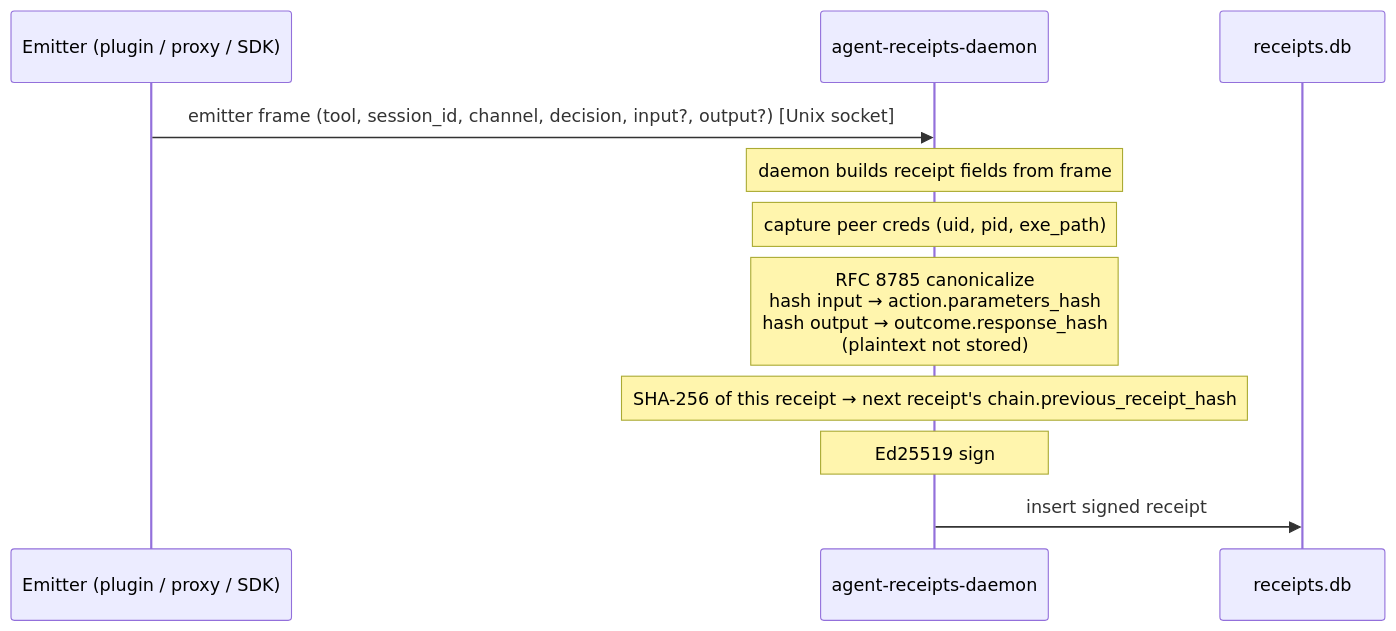
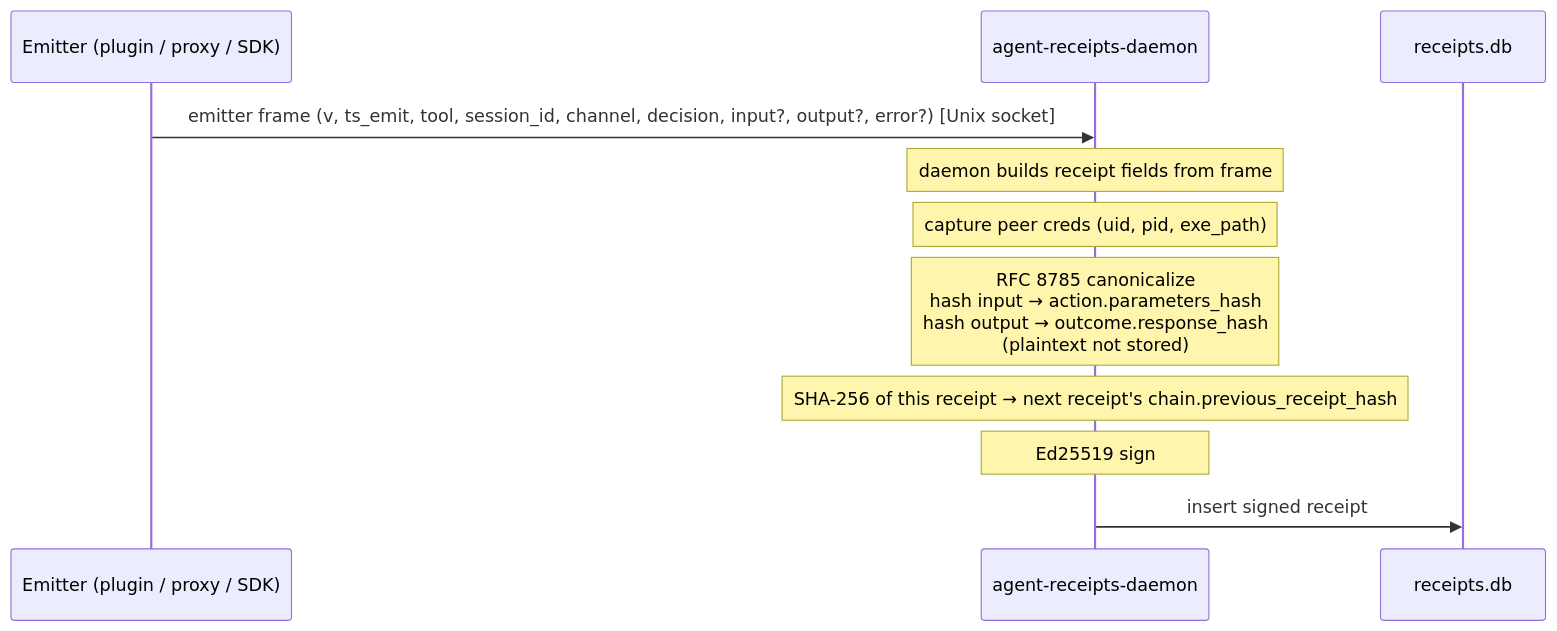
The diagram in site/src/content/docs/specification/how-it-works.mdx (agent-receipts/ar), drawn with Mermaid before and after one commit. The commit also changed 2 other files, not shown here.

Commit message:
docs(site): fix four diagram issues per Copilot review on PR #398 round 5
mcp-proxy/overview.mdx:
- Gap 4.1: remove space before pipe in Mermaid edge label — '--- |label|'
  is invalid; correct syntax is '---|label|' (no space before pipe)

how-it-works.mdx:
- Gap 2.1: add v and ts_emit (required daemon IPC frame fields) and
  error? to emitter frame label; avoids misleading implementers into
  sending an incomplete frame

receipt-chain-verification.mdx:
- Gap 3.1: rename terminal node from 'Chain valid ✓' to 'Chain integrity
  verified ✓' — algorithm does not detect tail truncation; see truncation
  caveat paragraph below the diagram
- Gap 3.1: add 'chain.sequence is 1' to prose step 4 to match the
  sequence == 1 check already present in the flowchart

````diff
--- a/site/src/content/docs/specification/how-it-works.mdx
+++ b/site/src/content/docs/specification/how-it-works.mdx
@@ -93,14 +93,14 @@
 ```mermaid
 sequenceDiagram
   participant E as Emitter (plugin / proxy / SDK)
   participant D as agent-receipts-daemon
   participant DB as receipts.db
 
-  E->>D: emitter frame (tool, session_id, channel, decision, input?, output?) [Unix socket]
+  E->>D: emitter frame (v, ts_emit, tool, session_id, channel, decision, input?, output?, error?) [Unix socket]
   Note over D: daemon builds receipt fields from frame
   Note over D: capture peer creds (uid, pid, exe_path)
   Note over D: RFC 8785 canonicalize<br/>hash input → action.parameters_hash<br/>hash output → outcome.response_hash<br/>(plaintext not stored)
   Note over D: SHA-256 of this receipt → next receipt's chain.previous_receipt_hash
   Note over D: Ed25519 sign
   D->>DB: insert signed receipt
 ```
````
